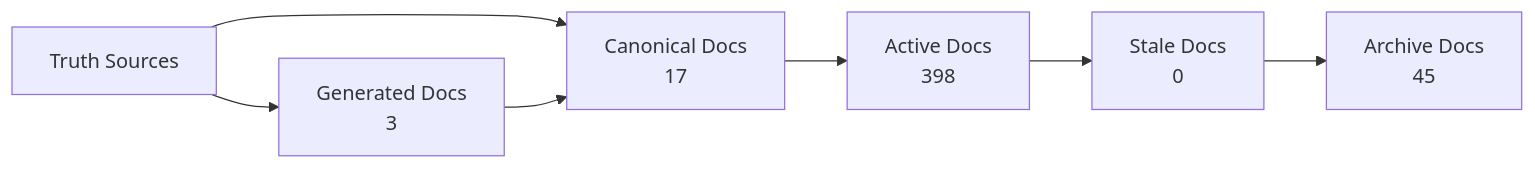
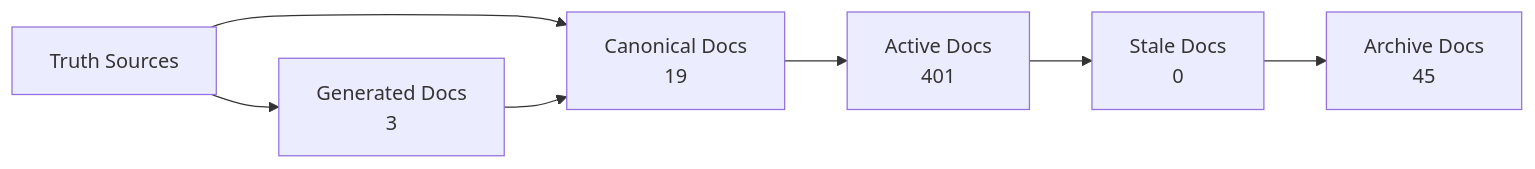
Before and after one commit to Latimer-Woods-Tech/Factory: the diagram in docs/_generated/docs-trust-map.md, drawn with Mermaid. The commit also changed other lines of this file and 10 other files, not shown here.

````diff
--- a/docs/_generated/docs-trust-map.md
+++ b/docs/_generated/docs-trust-map.md
@@ -20,14 +20,14 @@
 ```mermaid
 flowchart LR
   truth["Truth Sources"] --> canonical["Canonical Docs"]
   canonical --> active["Active Docs"]
   active --> stale["Stale Docs"]
   stale --> archive["Archive Docs"]
-  canonical["Canonical Docs\n17"]
-  active["Active Docs\n398"]
+  canonical["Canonical Docs\n19"]
+  active["Active Docs\n401"]
   stale["Stale Docs\n0"]
   archive["Archive Docs\n45"]
   generated["Generated Docs\n3"]
   truth --> generated
   generated --> canonical
 ```
````
